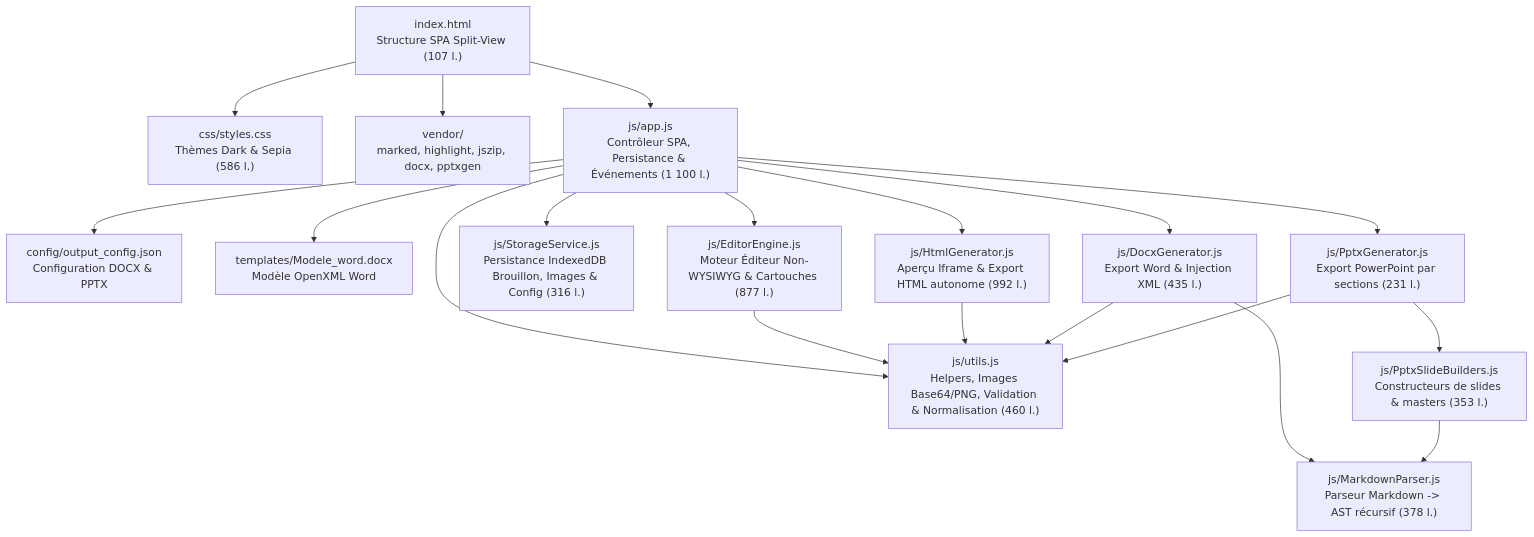
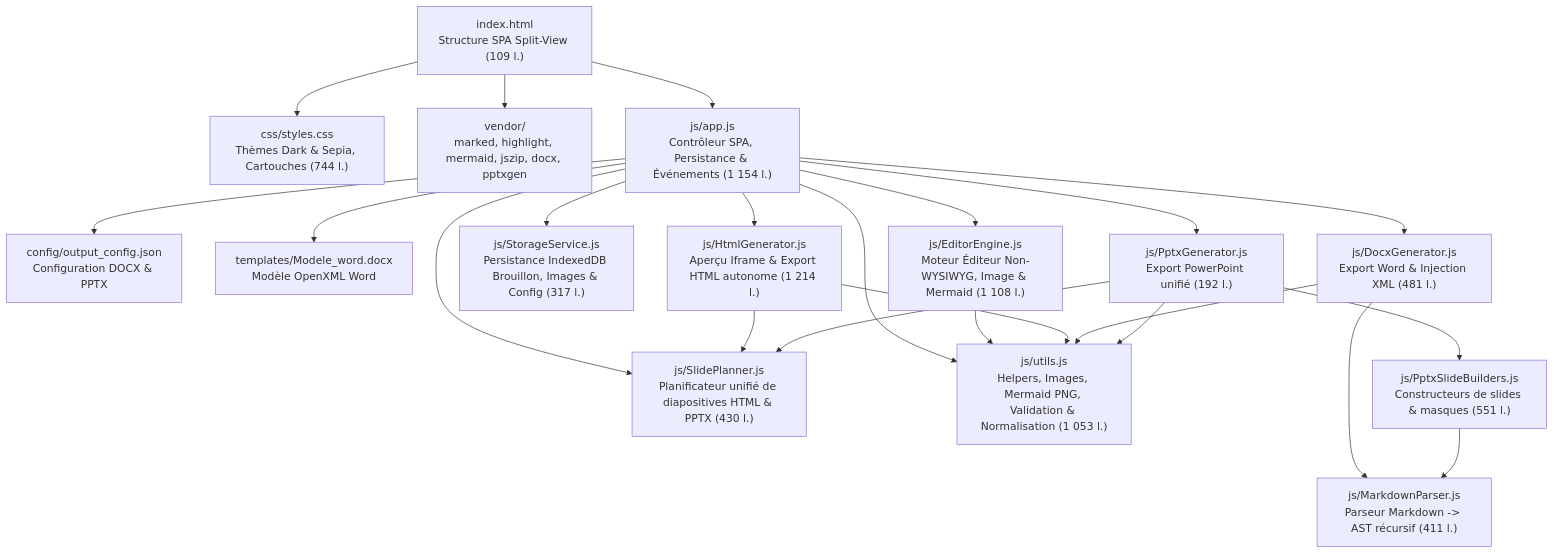
One commit to jiemji/md2print changed the diagram in .agents/artefacts/codebase_analysis.md. Above: the diagram before and after it, drawn with Mermaid. The commit also changed other lines of this file and 7 other files, not shown here.

Commit message:
feat: initialize editor engine and core application structure for md2print

````diff
--- a/.agents/artefacts/codebase_analysis.md
+++ b/.agents/artefacts/codebase_analysis.md
@@ -24,24 +24,27 @@
 ```mermaid
 graph TD
-    HTML["index.html<br/>Structure SPA Split-View (107 l.)"] --> CSS["css/styles.css<br/>Thèmes Dark & Sepia (586 l.)"]
-    HTML --> VENDOR["vendor/<br/>marked, highlight, jszip, docx, pptxgen"]
-    HTML --> APP["js/app.js<br/>Contrôleur SPA, Persistance & Événements (1 100 l.)"]
+    HTML["index.html<br/>Structure SPA Split-View (109 l.)"] --> CSS["css/styles.css<br/>Thèmes Dark & Sepia, Cartouches (744 l.)"]
+    HTML --> VENDOR["vendor/<br/>marked, highlight, mermaid, jszip, docx, pptxgen"]
+    HTML --> APP["js/app.js<br/>Contrôleur SPA, Persistance & Événements (1 154 l.)"]
 
     APP --> CFG["config/output_config.json<br/>Configuration DOCX & PPTX"]
     APP --> TPL["templates/Modele_word.docx<br/>Modèle OpenXML Word"]
 
-    APP --> EDITOR["js/EditorEngine.js<br/>Moteur Éditeur Non-WYSIWYG & Cartouches (877 l.)"]
-    APP --> STORAGE["js/StorageService.js<br/>Persistance IndexedDB Brouillon, Images & Config (316 l.)"]
-    APP --> UTILS["js/utils.js<br/>Helpers, Images Base64/PNG, Validation & Normalisation (460 l.)"]
-    APP --> HTMLGEN["js/HtmlGenerator.js<br/>Aperçu Iframe & Export HTML autonome (992 l.)"]
-    APP --> DOCXGEN["js/DocxGenerator.js<br/>Export Word & Injection XML (435 l.)"]
-    APP --> PPTXGEN["js/PptxGenerator.js<br/>Export PowerPoint par sections (231 l.)"]
+    APP --> EDITOR["js/EditorEngine.js<br/>Moteur Éditeur Non-WYSIWYG, Image & Mermaid (1 108 l.)"]
+    APP --> PLANNER["js/SlidePlanner.js<br/>Planificateur unifié de diapositives HTML & PPTX (430 l.)"]
+    APP --> STORAGE["js/StorageService.js<br/>Persistance IndexedDB Brouillon, Images & Config (317 l.)"]
+    APP --> UTILS["js/utils.js<br/>Helpers, Images, Mermaid PNG, Validation & Normalisation (1 053 l.)"]
+    APP --> HTMLGEN["js/HtmlGenerator.js<br/>Aperçu Iframe & Export HTML autonome (1 214 l.)"]
+    APP --> DOCXGEN["js/DocxGenerator.js<br/>Export Word & Injection XML (481 l.)"]
+    APP --> PPTXGEN["js/PptxGenerator.js<br/>Export PowerPoint unifié (192 l.)"]
 
     EDITOR --> UTILS
     HTMLGEN --> UTILS
+    HTMLGEN --> PLANNER
     DOCXGEN --> UTILS
-    DOCXGEN --> PARSER["js/MarkdownParser.js<br/>Parseur Markdown -> AST récursif (378 l.)"]
+    DOCXGEN --> PARSER["js/MarkdownParser.js<br/>Parseur Markdown -> AST récursif (411 l.)"]
     PPTXGEN --> UTILS
-    PPTXGEN --> SLIDES["js/PptxSlideBuilders.js<br/>Constructeurs de slides & masters (353 l.)"]
+    PPTXGEN --> PLANNER
+    PPTXGEN --> SLIDES["js/PptxSlideBuilders.js<br/>Constructeurs de slides & masques (551 l.)"]
     SLIDES --> PARSER
 ```
````
